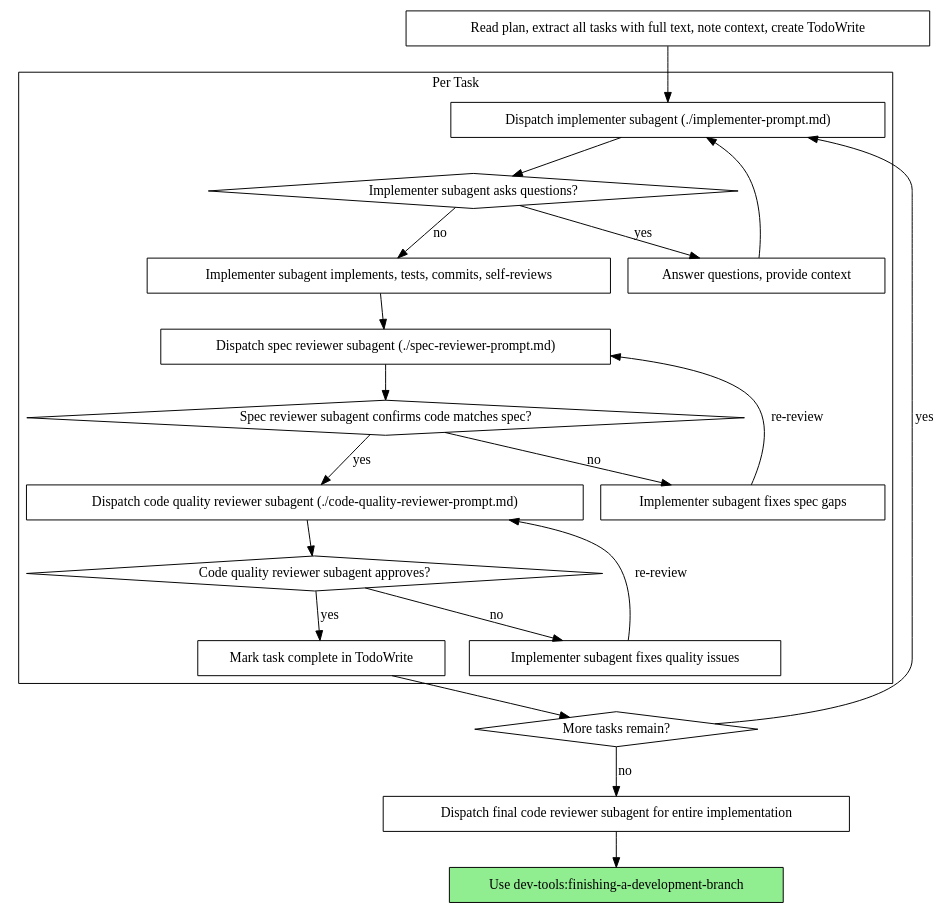
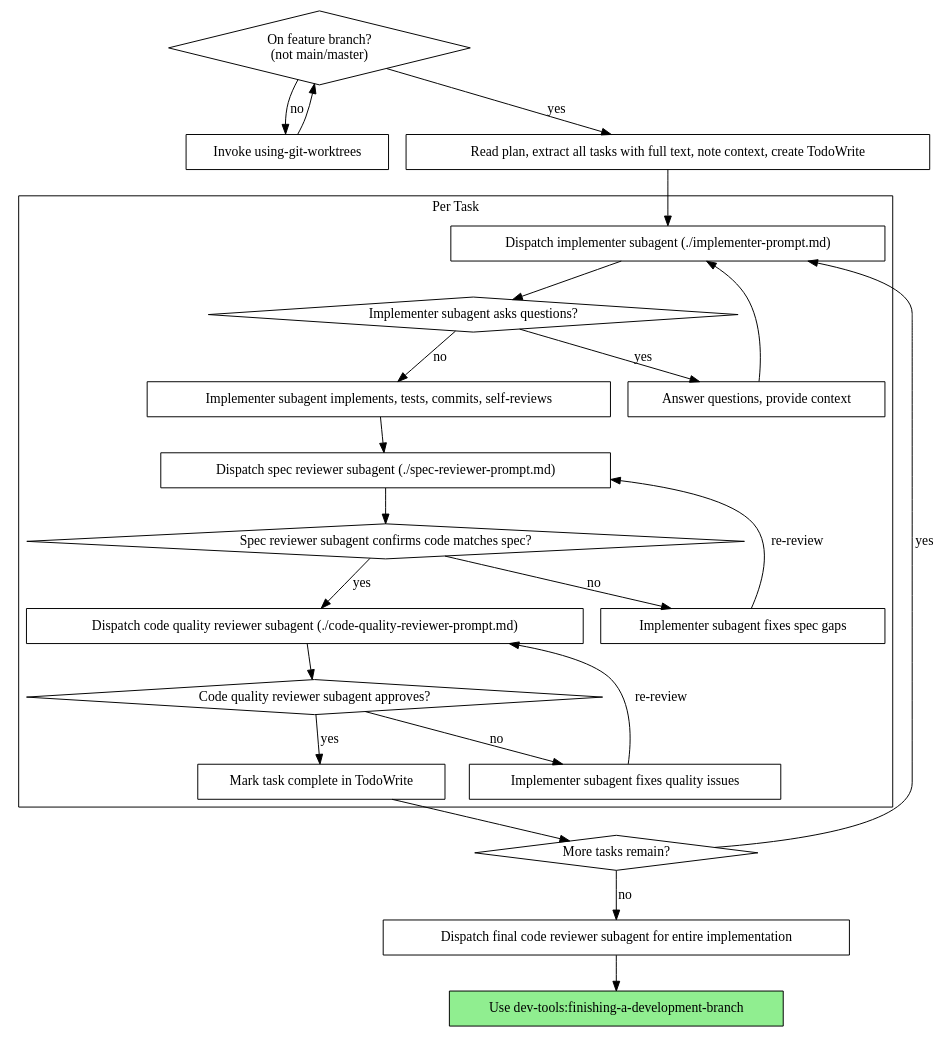
The second of 2 diagrams in skills/subagent-driven-development/SKILL.md (NyssaAI/product-planning), drawn with Graphviz before and after one commit. The commit also changed other lines of this file and 120 other files, not shown here.

````diff
--- a/skills/subagent-driven-development/SKILL.md
+++ b/skills/subagent-driven-development/SKILL.md
@@ -42,44 +50,49 @@
 ```dot
 digraph process {
     rankdir=TB;
 
     subgraph cluster_per_task {
         label="Per Task";
         "Dispatch implementer subagent (./implementer-prompt.md)" [shape=box];
         "Implementer subagent asks questions?" [shape=diamond];
         "Answer questions, provide context" [shape=box];
         "Implementer subagent implements, tests, commits, self-reviews" [shape=box];
         "Dispatch spec reviewer subagent (./spec-reviewer-prompt.md)" [shape=box];
         "Spec reviewer subagent confirms code matches spec?" [shape=diamond];
         "Implementer subagent fixes spec gaps" [shape=box];
         "Dispatch code quality reviewer subagent (./code-quality-reviewer-prompt.md)" [shape=box];
         "Code quality reviewer subagent approves?" [shape=diamond];
         "Implementer subagent fixes quality issues" [shape=box];
         "Mark task complete in TodoWrite" [shape=box];
     }
 
+    "On feature branch?\n(not main/master)" [shape=diamond];
+    "Invoke using-git-worktrees" [shape=box];
     "Read plan, extract all tasks with full text, note context, create TodoWrite" [shape=box];
     "More tasks remain?" [shape=diamond];
     "Dispatch final code reviewer subagent for entire implementation" [shape=box];
     "Use dev-tools:finishing-a-development-branch" [shape=box style=filled fillcolor=lightgreen];
 
+    "On feature branch?\n(not main/master)" -> "Invoke using-git-worktrees" [label="no"];
+    "Invoke using-git-worktrees" -> "On feature branch?\n(not main/master)";
+    "On feature branch?\n(not main/master)" -> "Read plan, extract all tasks with full text, note context, create TodoWrite" [label="yes"];
     "Read plan, extract all tasks with full text, note context, create TodoWrite" -> "Dispatch implementer subagent (./implementer-prompt.md)";
     "Dispatch implementer subagent (./implementer-prompt.md)" -> "Implementer subagent asks questions?";
     "Implementer subagent asks questions?" -> "Answer questions, provide context" [label="yes"];
     "Answer questions, provide context" -> "Dispatch implementer subagent (./implementer-prompt.md)";
     "Implementer subagent asks questions?" -> "Implementer subagent implements, tests, commits, self-reviews" [label="no"];
     "Implementer subagent implements, tests, commits, self-reviews" -> "Dispatch spec reviewer subagent (./spec-reviewer-prompt.md)";
     "Dispatch spec reviewer subagent (./spec-reviewer-prompt.md)" -> "Spec reviewer subagent confirms code matches spec?";
     "Spec reviewer subagent confirms code matches spec?" -> "Implementer subagent fixes spec gaps" [label="no"];
     "Implementer subagent fixes spec gaps" -> "Dispatch spec reviewer subagent (./spec-reviewer-prompt.md)" [label="re-review"];
     "Spec reviewer subagent confirms code matches spec?" -> "Dispatch code quality reviewer subagent (./code-quality-reviewer-prompt.md)" [label="yes"];
     "Dispatch code quality reviewer subagent (./code-quality-reviewer-prompt.md)" -> "Code quality reviewer subagent approves?";
     "Code quality reviewer subagent approves?" -> "Implementer subagent fixes quality issues" [label="no"];
     "Implementer subagent fixes quality issues" -> "Dispatch code quality reviewer subagent (./code-quality-reviewer-prompt.md)" [label="re-review"];
     "Code quality reviewer subagent approves?" -> "Mark task complete in TodoWrite" [label="yes"];
     "Mark task complete in TodoWrite" -> "More tasks remain?";
     "More tasks remain?" -> "Dispatch implementer subagent (./implementer-prompt.md)" [label="yes"];
     "More tasks remain?" -> "Dispatch final code reviewer subagent for entire implementation" [label="no"];
     "Dispatch final code reviewer subagent for entire implementation" -> "Use dev-tools:finishing-a-development-branch";
 }
 ```
````
